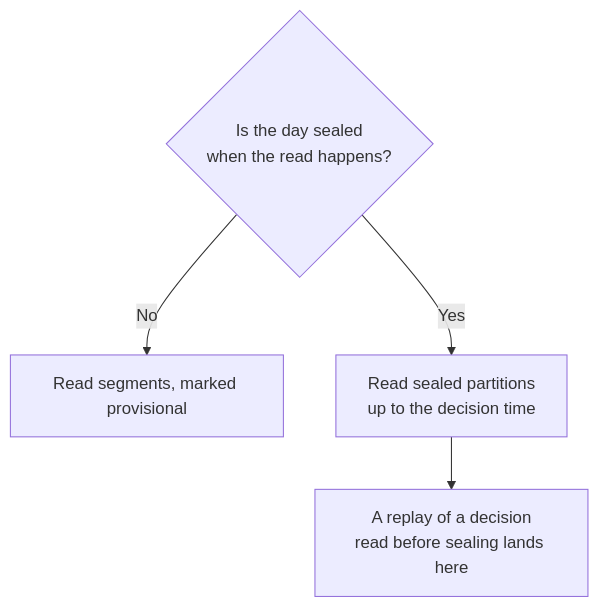
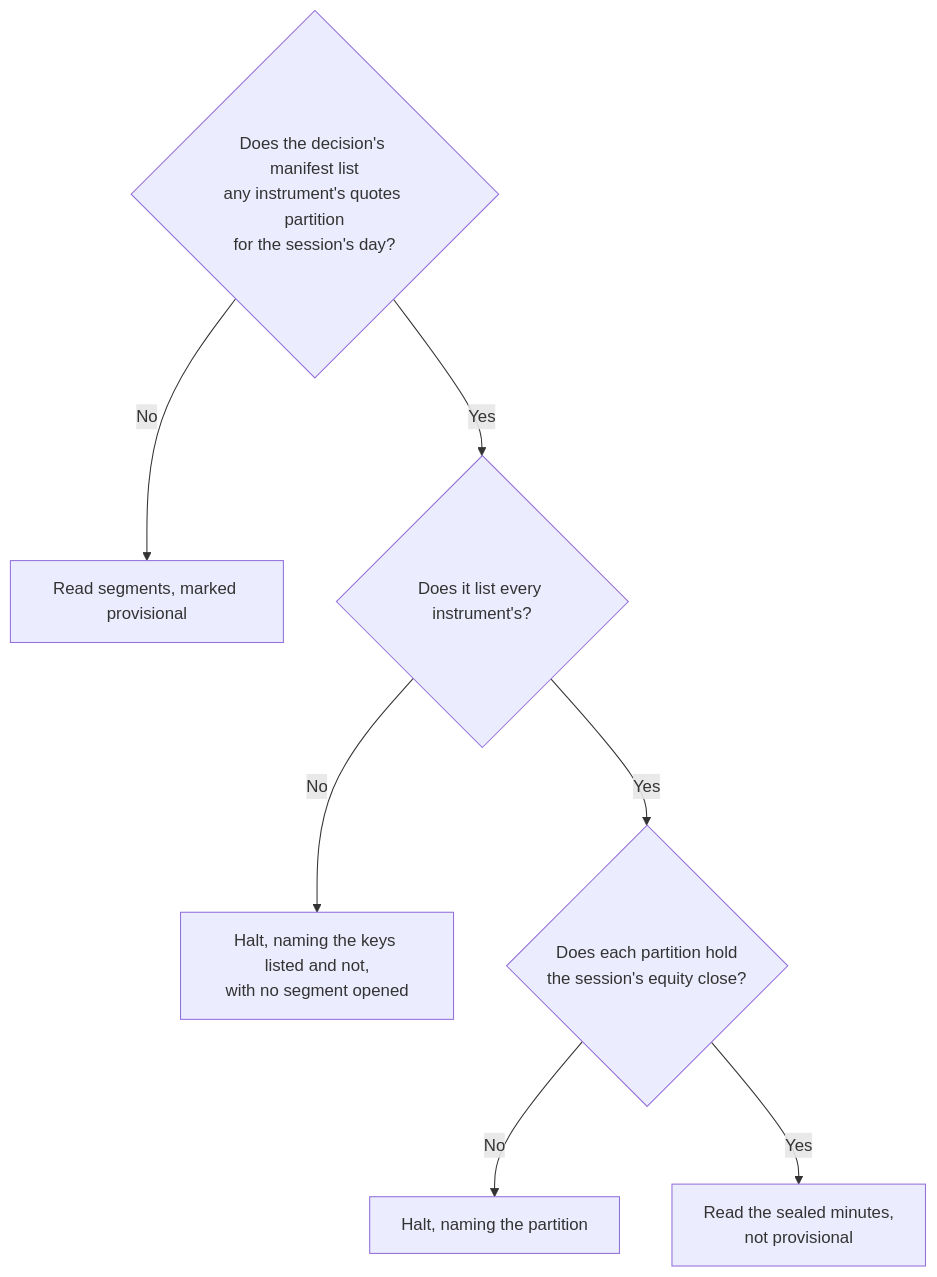
Before and after one commit to l3a0/ithildin-runtime: the fifth of 5 diagrams in docs/architecture/03-context-and-scope.md, drawn with Mermaid. The commit also changed other lines of this file and 31 other files, not shown here.

First line of the commit message:
feat(data): read a decision's quotes from the sealed day

````diff
--- a/docs/architecture/03-context-and-scope.md
+++ b/docs/architecture/03-context-and-scope.md
@@ -431,7 +501,10 @@
 ```mermaid
 flowchart TD
-    t{"Is the day sealed<br/>when the read happens?"}
-    t -- "No" --> seg["Read segments, marked provisional"]
-    t -- "Yes" --> part["Read sealed partitions<br/>up to the decision time"]
-    part --> same["A replay of a decision<br/>read before sealing lands here"]
+    m{"Does the decision's manifest list<br/>any instrument's quotes partition<br/>for the session's day?"}
+    m -- "No" --> seg["Read segments, marked provisional"]
+    m -- "Yes" --> all{"Does it list every instrument's?"}
+    all -- "No" --> fault["Halt, naming the keys listed and not,<br/>with no segment opened"]
+    all -- "Yes" --> close{"Does each partition hold<br/>the session's equity close?"}
+    close -- "No" --> nofault["Halt, naming the partition"]
+    close -- "Yes" --> sealed["Read the sealed minutes,<br/>not provisional"]
 ```
````
